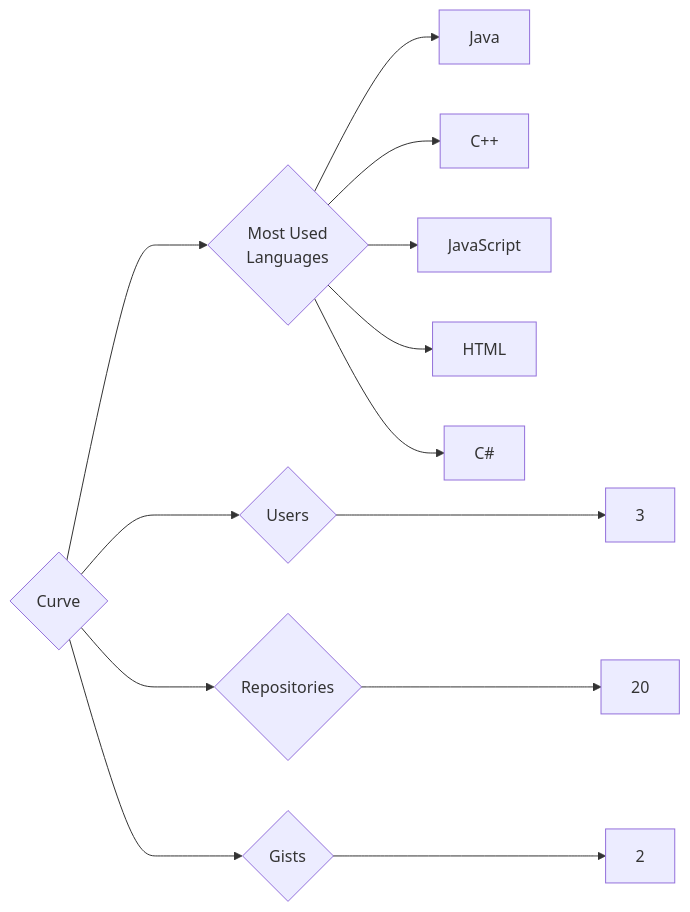
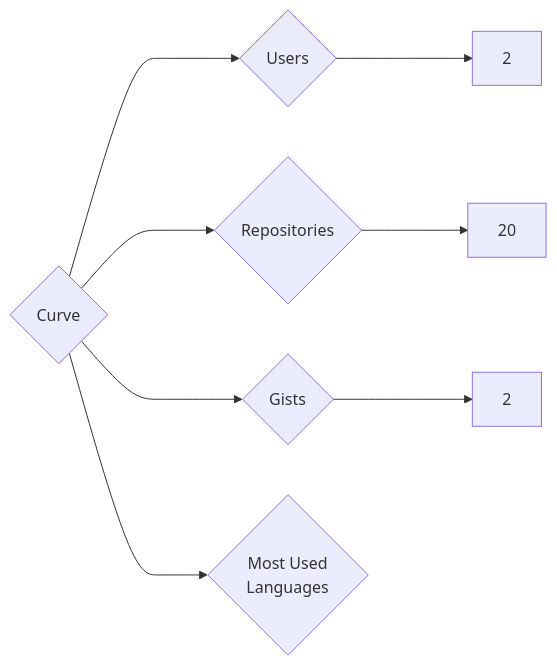
Before and after one commit to trickest/insiders: the diagram in targets/Curve/README.md, drawn with Mermaid. The commit also changed 823 other files, not shown here.

````diff
--- a/targets/Curve/README.md
+++ b/targets/Curve/README.md
@@ -3,13 +3,8 @@
 ```mermaid
 graph LR
 COMPANY_NAME{Curve}
-COMPANY_NAME ---> U{Users} ---> UN[3]
+COMPANY_NAME ---> U{Users} ---> UN[2]
 COMPANY_NAME ---> R{Repositories} ---> RN[20]
 COMPANY_NAME ---> G{Gists} ---> GN[2]
 COMPANY_NAME ---> ML{Most Used<br>Languages}
-ML --> Java[Java]
-ML --> C++[C++]
-ML --> JavaScript[JavaScript]
-ML --> HTML[HTML]
-ML --> C#[C#]
 ```
````
